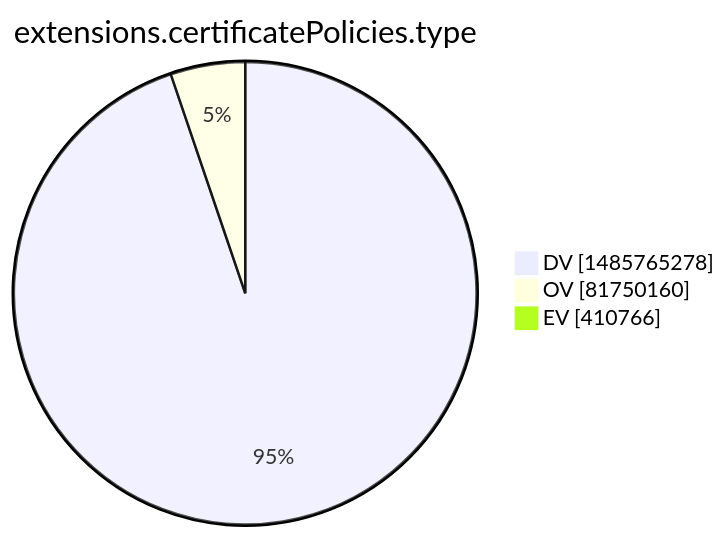
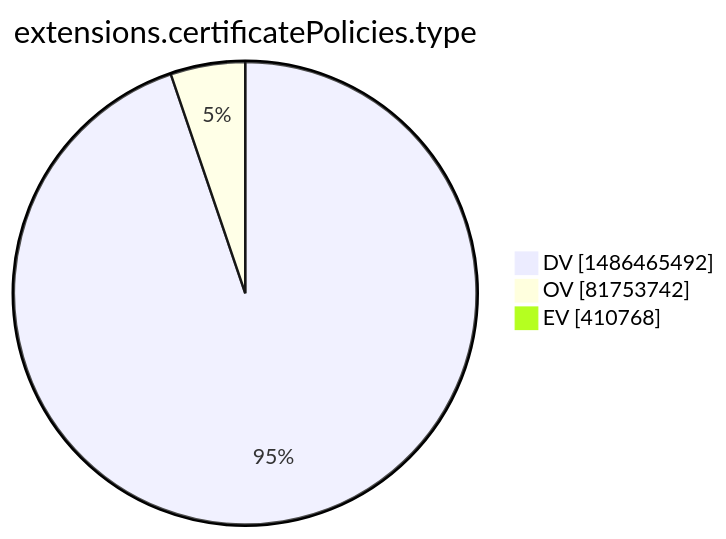
The tenth of 15 diagrams in xenon2022/README.md (christiankrug/ctmonitor_visualization), drawn with Mermaid before and after one commit. The commit also changed other lines of this file, not shown here.

````diff
--- a/xenon2022/README.md
+++ b/xenon2022/README.md
@@ -2873,7 +2873,7 @@
 ```mermaid
 pie showData
 title extensions.certificatePolicies.type
-"DV" :1485765278
-"OV" :81750160
-"EV" :410766
+"DV" :1486465492
+"OV" :81753742
+"EV" :410768
 ```
````
